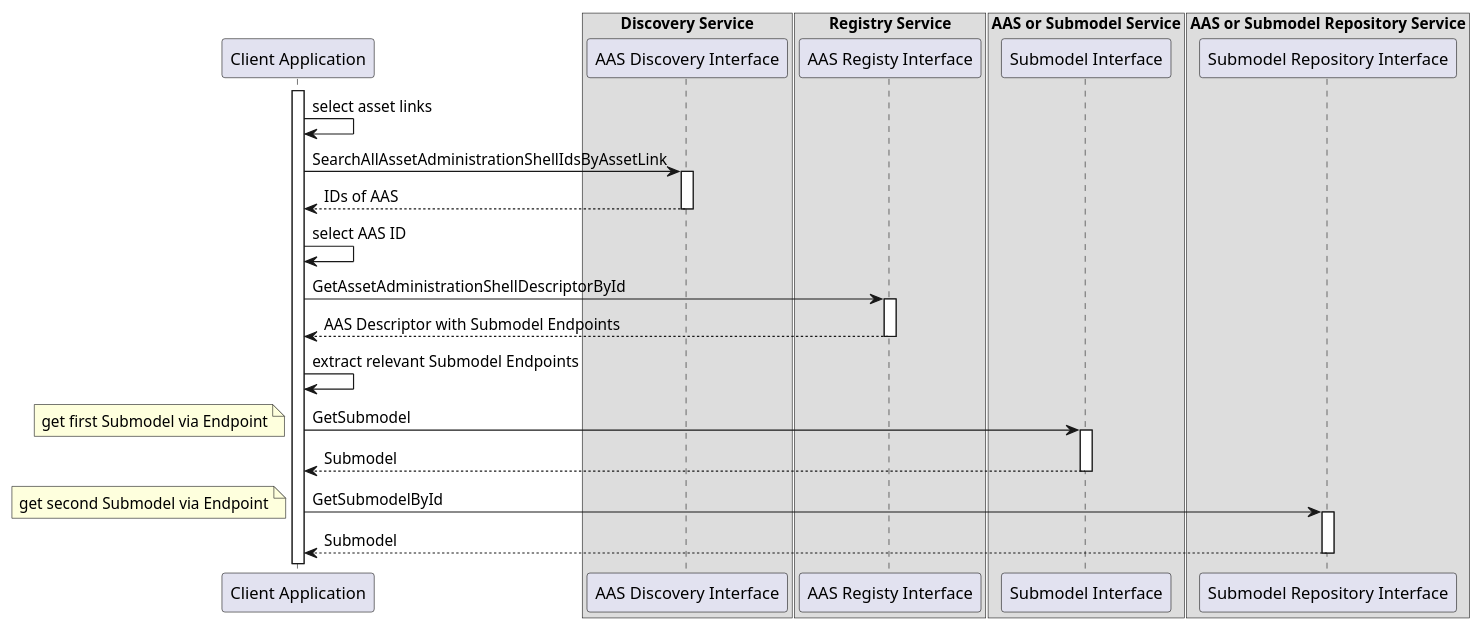
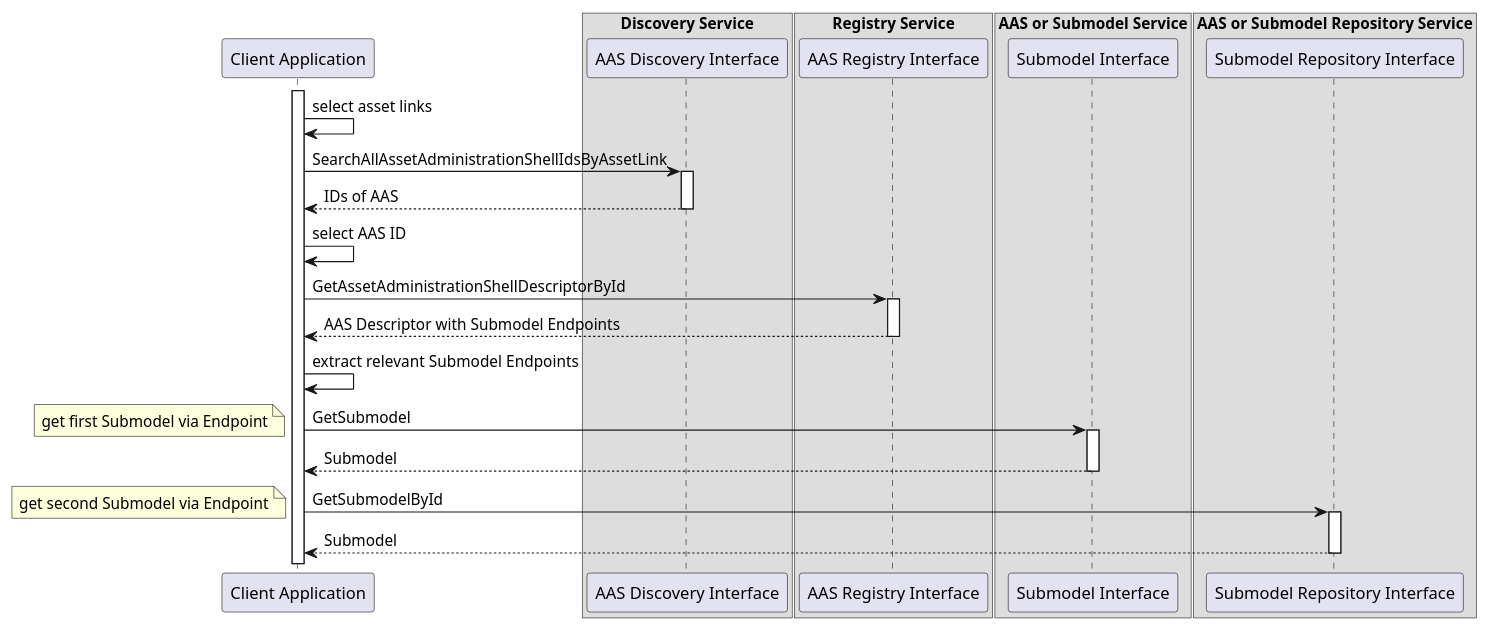
The diagram in documentation/IDTA-01004/modules/ROOT/partials/diagrams/seq-sm-endpoints.puml (admin-shell-io/aas-specs-security), drawn with PlantUML before and after one commit. The commit also changed 6 other files, not shown here.

```diff
--- a/documentation/IDTA-01004/modules/ROOT/partials/diagrams/seq-sm-endpoints.puml
+++ b/documentation/IDTA-01004/modules/ROOT/partials/diagrams/seq-sm-endpoints.puml
@@ -1,54 +1,54 @@
 @startuml
 participant Client as "Client Application"
 
 
 box "Discovery Service"
   participant AASDiscovery as "AAS Discovery Interface"
 end box
 
 box "Registry Service"
-   participant AASRegistry as "AAS Registy Interface"
+   participant AASRegistry as "AAS Registry Interface"
 end box
 
 box "AAS or Submodel Service"
   participant iSM as "Submodel Interface"
 end box
 
 box "AAS or Submodel Repository Service"
   participant SMRepo as "Submodel Repository Interface"
 end box
 
 activate Client
 Client -> Client : select asset links
 
 Client -> AASDiscovery: SearchAllAssetAdministrationShellIdsByAssetLink
 activate AASDiscovery
 Client <-- AASDiscovery : IDs of AAS
 deactivate AASDiscovery
 Client -> Client : select AAS ID
 
 
 Client -> AASRegistry : GetAssetAdministrationShellDescriptorById
 activate AASRegistry
 Client <-- AASRegistry : AAS Descriptor with Submodel Endpoints
 deactivate AASRegistry
 Client -> Client : extract relevant Submodel Endpoints
 
 
 Client -> iSM : GetSubmodel
 activate iSM
 note left
 get first Submodel via Endpoint
 end note
 Client <-- iSM : Submodel
 deactivate iSM
 
 Client -> SMRepo: GetSubmodelById
 activate SMRepo
 note left
 get second Submodel via Endpoint
 end note
 Client <-- SMRepo : Submodel
 deactivate SMRepo
 
 @enduml
```
